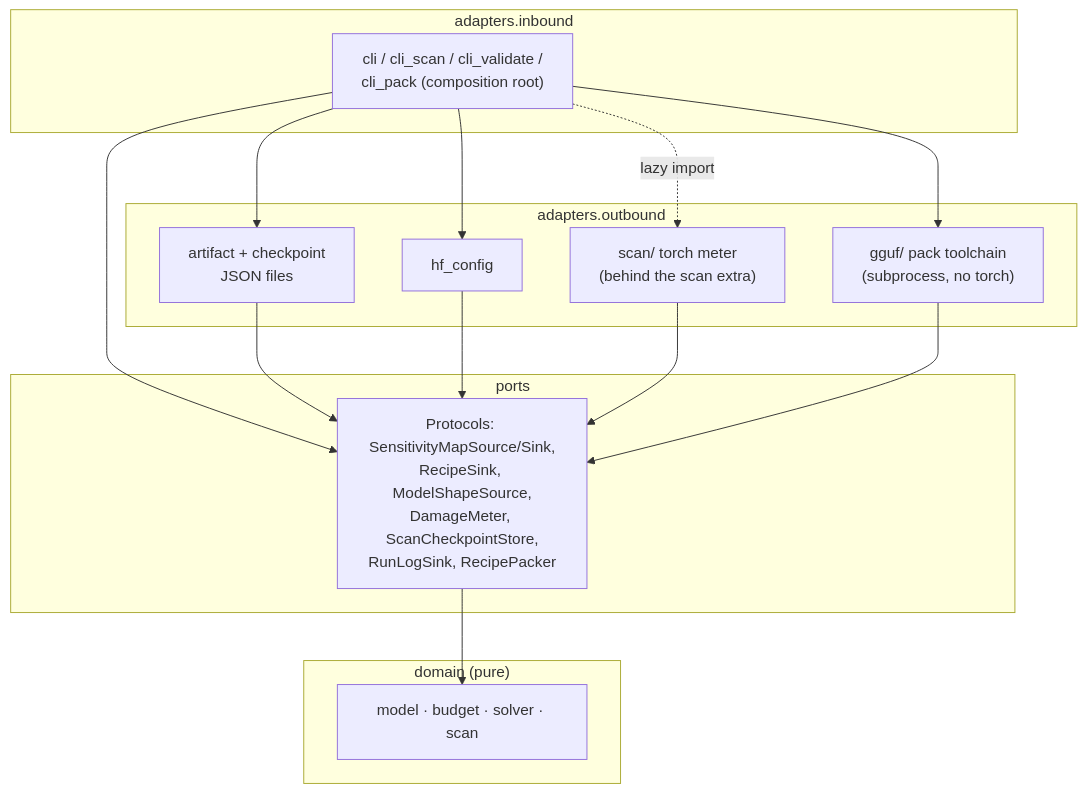
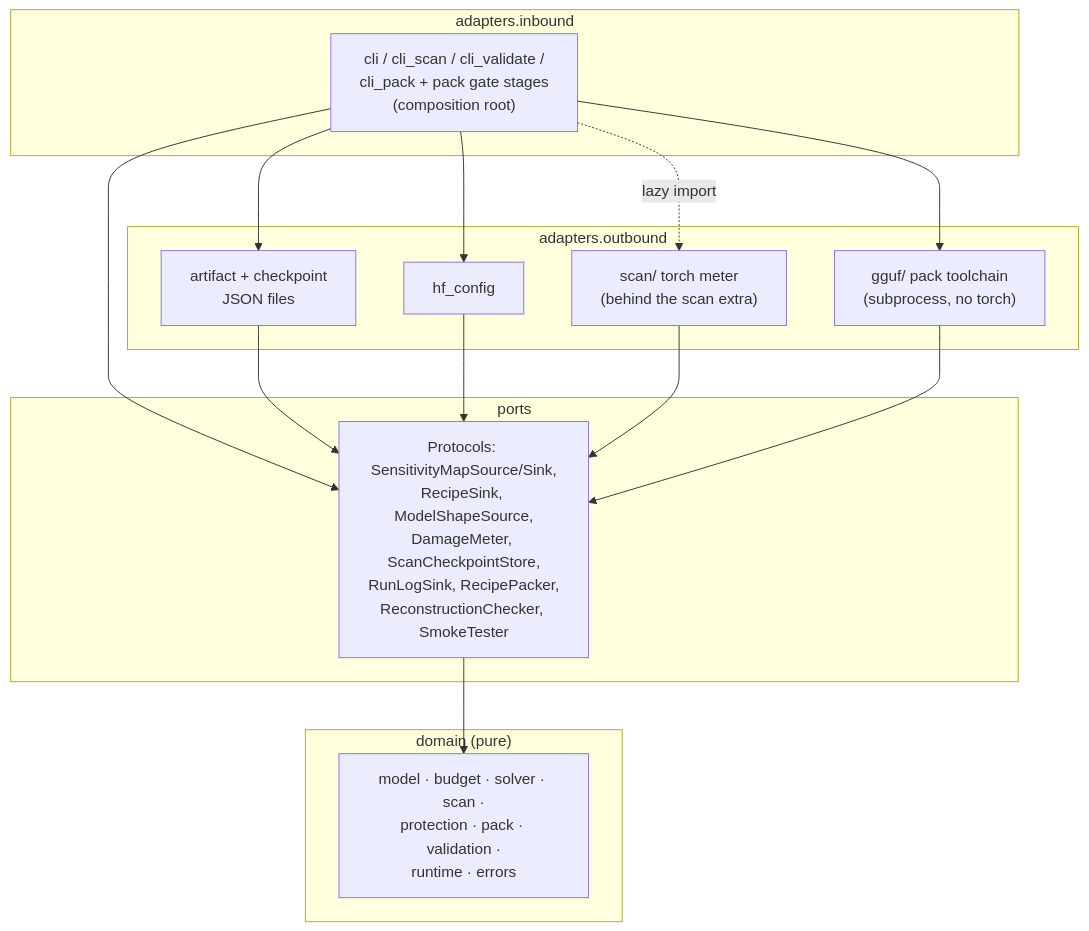
One commit to Alberto-Codes/vramfit changed the second of 3 diagrams in docs/explanation/architecture.md. Above: the diagram before and after it, drawn with Mermaid. The commit also changed other lines of this file and 25 other files, not shown here.

````diff
--- a/docs/explanation/architecture.md
+++ b/docs/explanation/architecture.md
@@ -55,28 +55,28 @@
 ```mermaid
 flowchart TD
     subgraph inbound["adapters.inbound"]
-        CLI["cli / cli_scan / cli_validate /<br/>cli_pack (composition root)"]
+        CLI["cli / cli_scan / cli_validate /<br/>cli_pack + pack gate stages<br/>(composition root)"]
     end
     subgraph outbound["adapters.outbound"]
         JSONAD["artifact + checkpoint<br/>JSON files"]
         HF["hf_config"]
         TORCH["scan/ torch meter<br/>(behind the scan extra)"]
         GGUF["gguf/ pack toolchain<br/>(subprocess, no torch)"]
     end
     subgraph ports["ports"]
-        P["Protocols: SensitivityMapSource/Sink,<br/>RecipeSink, ModelShapeSource,<br/>DamageMeter, ScanCheckpointStore,<br/>RunLogSink, RecipePacker"]
+        P["Protocols: SensitivityMapSource/Sink,<br/>RecipeSink, ModelShapeSource,<br/>DamageMeter, ScanCheckpointStore,<br/>RunLogSink, RecipePacker,<br/>ReconstructionChecker, SmokeTester"]
     end
     subgraph domain["domain (pure)"]
-        D["model · budget · solver · scan"]
+        D["model · budget · solver · scan ·<br/>protection · pack · validation ·<br/>runtime · errors"]
     end
     CLI --> JSONAD
     CLI --> HF
     CLI -.->|lazy import| TORCH
     CLI --> GGUF
     CLI --> P
     JSONAD --> P
     HF --> P
     TORCH --> P
     GGUF --> P
     P --> D
 ```
````
